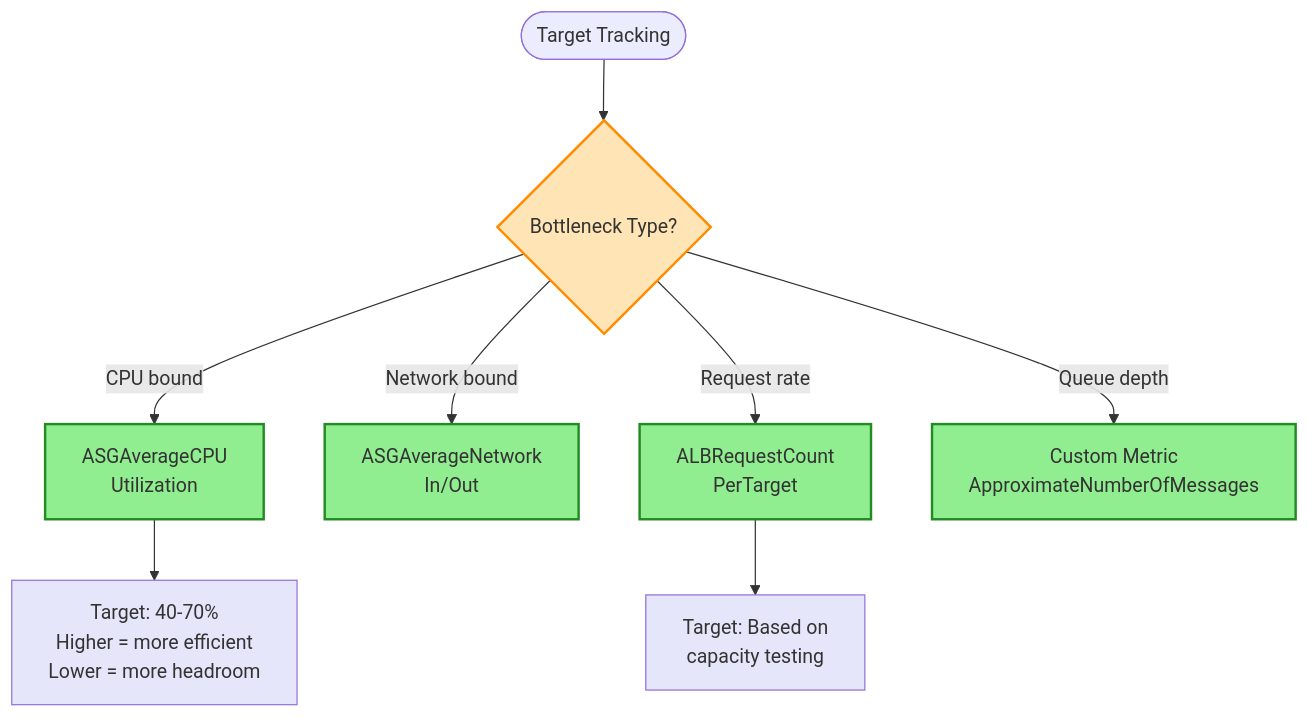
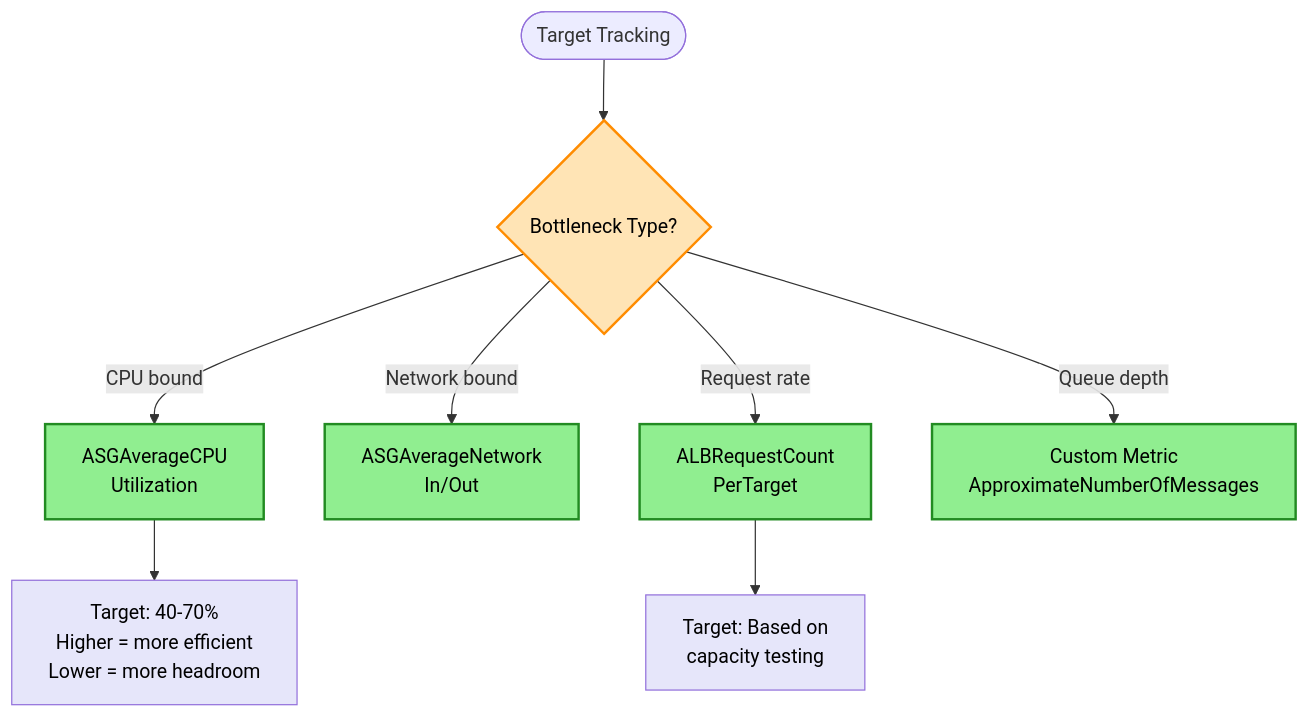
Before and after one commit to intelliswarm-ai/aws-architectures: the second of 3 diagrams in aws-architecture-decisions/diagrams/scaling-decisions.md, drawn with Mermaid. The commit also changed other lines of this file and 13 other files, not shown here.

````diff
--- a/aws-architecture-decisions/diagrams/scaling-decisions.md
+++ b/aws-architecture-decisions/diagrams/scaling-decisions.md
@@ -33,21 +33,21 @@
 ```mermaid
 flowchart TD
     Start([Target Tracking]) --> Q1{Bottleneck Type?}
 
     Q1 -->|CPU bound| CPU[ASGAverageCPU<br/>Utilization]
     Q1 -->|Network bound| NETWORK[ASGAverageNetwork<br/>In/Out]
     Q1 -->|Request rate| ALB[ALBRequestCount<br/>PerTarget]
     Q1 -->|Queue depth| CUSTOM[Custom Metric<br/>ApproximateNumberOfMessages]
 
     CPU --> TARGET_CPU[Target: 40-70%<br/>Higher = more efficient<br/>Lower = more headroom]
     ALB --> TARGET_ALB[Target: Based on<br/>capacity testing]
 
     %% Styling
-    classDef service fill:#90EE90,stroke:#228B22,stroke-width:2px
-    classDef config fill:#E6E6FA,stroke:#9370DB,stroke-width:1px
-    classDef question fill:#FFE4B5,stroke:#FF8C00,stroke-width:2px
+    classDef service fill:#90EE90,stroke:#228B22,stroke-width:2px,color:#000000
+    classDef config fill:#E6E6FA,stroke:#9370DB,stroke-width:1px,color:#000000
+    classDef question fill:#FFE4B5,stroke:#FF8C00,stroke-width:2px,color:#000000
 
     class Q1 question
     class CPU,NETWORK,ALB,CUSTOM service
     class TARGET_CPU,TARGET_ALB config
 ```
````
